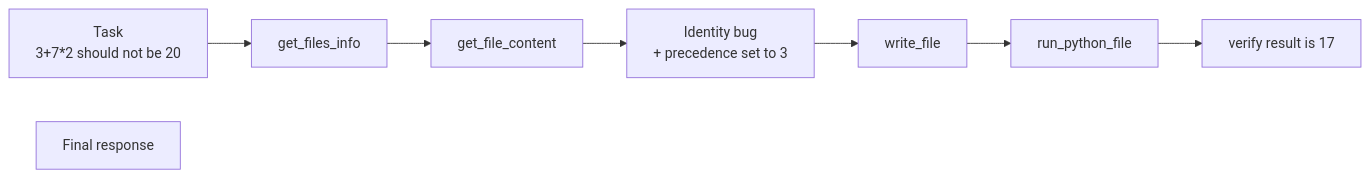
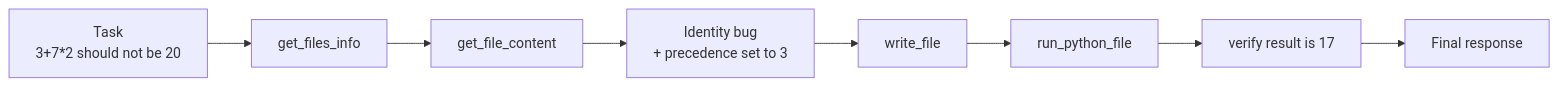
Before and after one commit to RaheeqMousa/Build-AI-Agent-Project: the second of 2 diagrams in README.md, drawn with Mermaid.

````diff
--- a/README.md
+++ b/README.md
@@ -65,18 +65,19 @@
 ```mermaid
 flowchart LR
     A["Task<br/>3+7*2 should not be 20"]
     B["get_files_info"]
     C["get_file_content"]
     D["Identity bug<br>+ precedence set to 3"]
     E["write_file"]
     F["run_python_file"]
     G["verify result is 17"]
     H["Final response"]
 
     A --> B
     B --> C
     C --> D
     D --> E
     E --> F
     F --> G
+    G --> H
 ```
````
